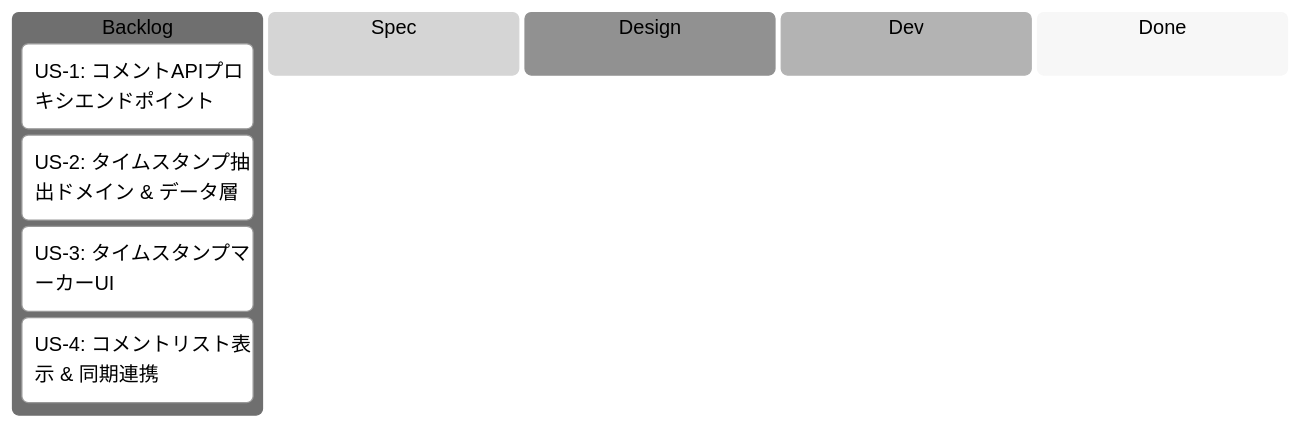
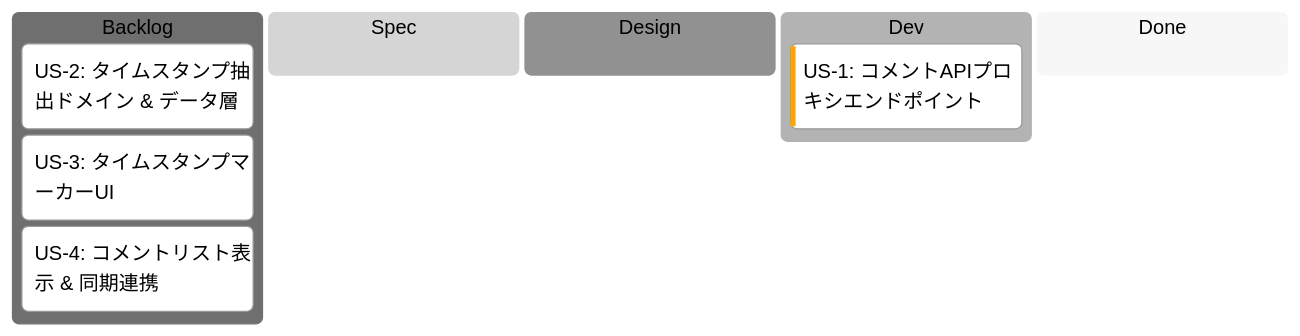
Before and after one commit to saki0000/collab-stream: the first of 2 diagrams in implement-context/comment-timestamp-sync/EPIC.md, drawn with Mermaid (neutral theme). The commit also changed 14 other files, not shown here.

````diff
--- a/implement-context/comment-timestamp-sync/EPIC.md
+++ b/implement-context/comment-timestamp-sync/EPIC.md
@@ -30,17 +30,17 @@
 ```mermaid
 ---
 config:
   kanban:
     ticketBaseUrl: ''
 ---
 kanban
   backlog[Backlog]
-    us1[US-1: コメントAPIプロキシエンドポイント]
     us2[US-2: タイムスタンプ抽出ドメイン & データ層]
     us3[US-3: タイムスタンプマーカーUI]
     us4[US-4: コメントリスト表示 & 同期連携]
   spec[Spec]
   design[Design]
   dev[Dev]
+    us1[US-1: コメントAPIプロキシエンドポイント]@{ priority: 'High' }
   done[Done]
 ```
````
